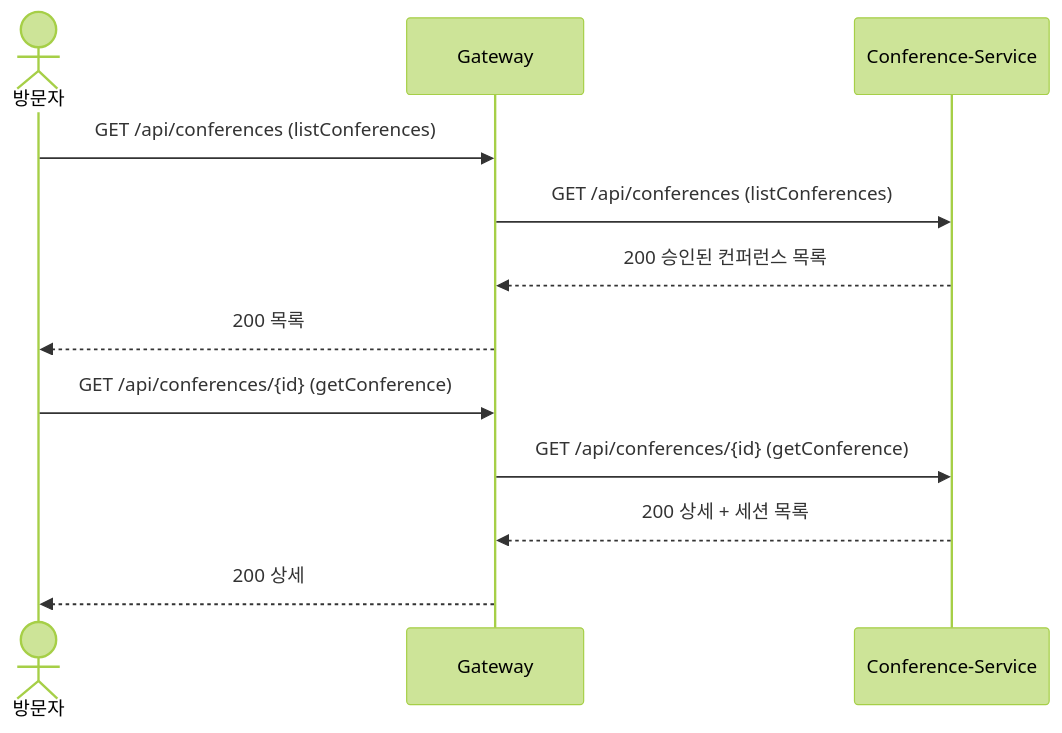
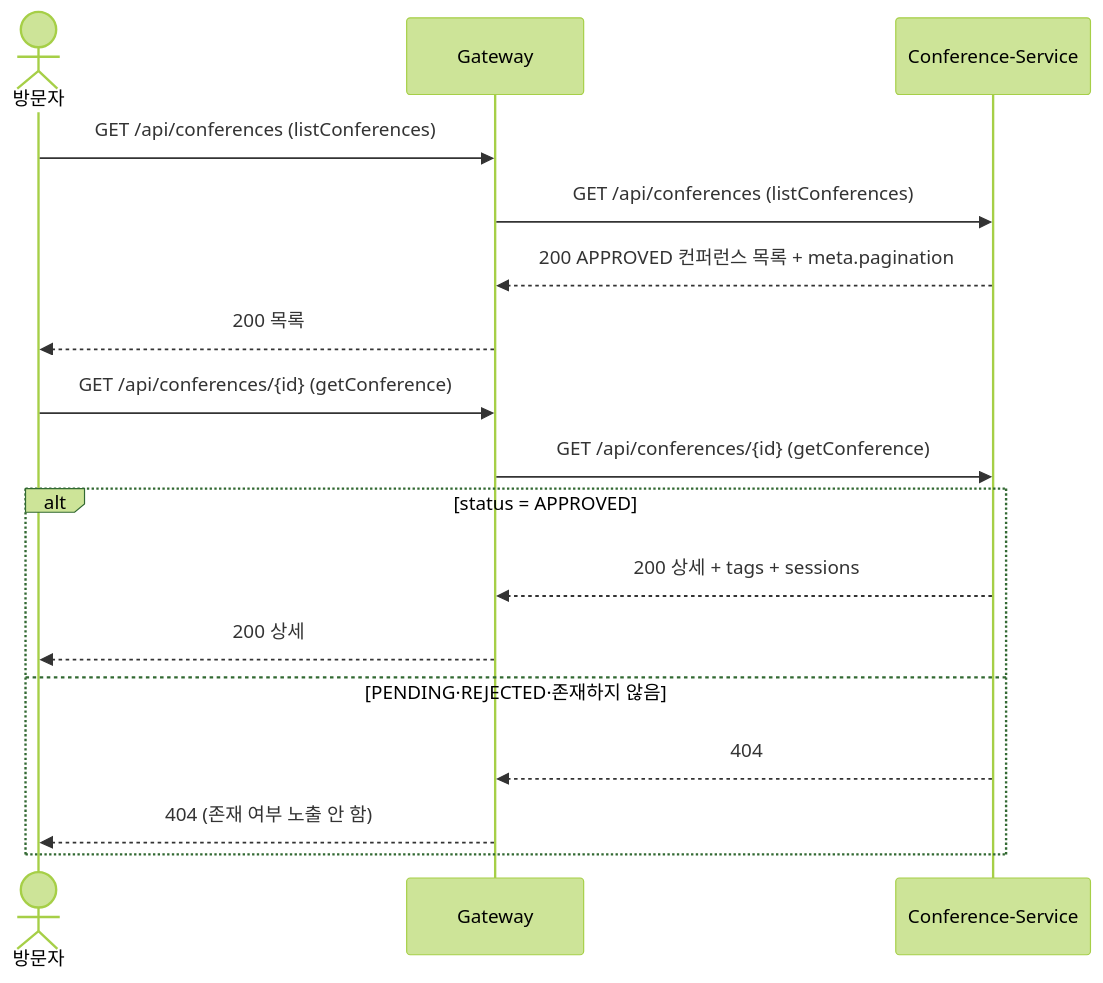
Before and after one commit to likelion-backend-24th/Final-Project-Team3: the first of 17 diagrams in docs/시퀀스.md, drawn with Mermaid (forest theme). The commit also changed other lines of this file and 12 other files, not shown here.

````diff
--- a/docs/시퀀스.md
+++ b/docs/시퀀스.md
@@ -23,14 +23,19 @@
 ```mermaid
 sequenceDiagram
     actor V as 방문자
     participant G as Gateway
     participant CS as Conference-Service
     V->>G: GET /api/conferences (listConferences)
     G->>CS: GET /api/conferences (listConferences)
-    CS-->>G: 200 승인된 컨퍼런스 목록
+    CS-->>G: 200 APPROVED 컨퍼런스 목록 + meta.pagination
     G-->>V: 200 목록
     V->>G: GET /api/conferences/{id} (getConference)
     G->>CS: GET /api/conferences/{id} (getConference)
-    CS-->>G: 200 상세 + 세션 목록
-    G-->>V: 200 상세
+    alt status = APPROVED
+        CS-->>G: 200 상세 + tags + sessions
+        G-->>V: 200 상세
+    else PENDING·REJECTED·존재하지 않음
+        CS-->>G: 404
+        G-->>V: 404 (존재 여부 노출 안 함)
+    end
 ```
````
